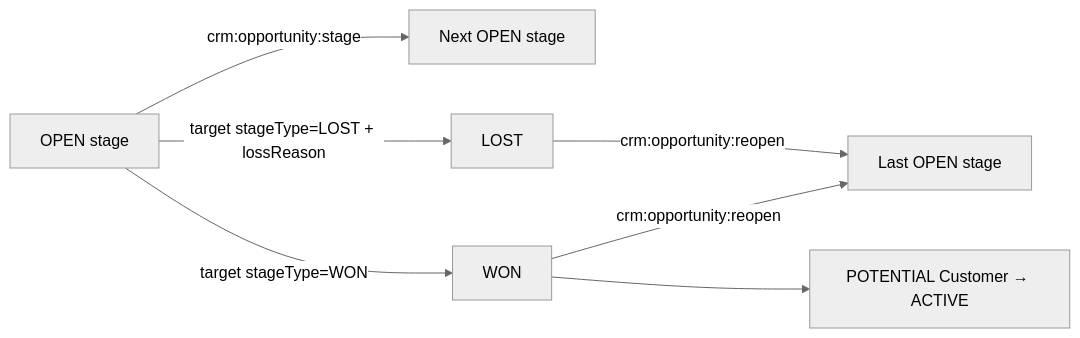
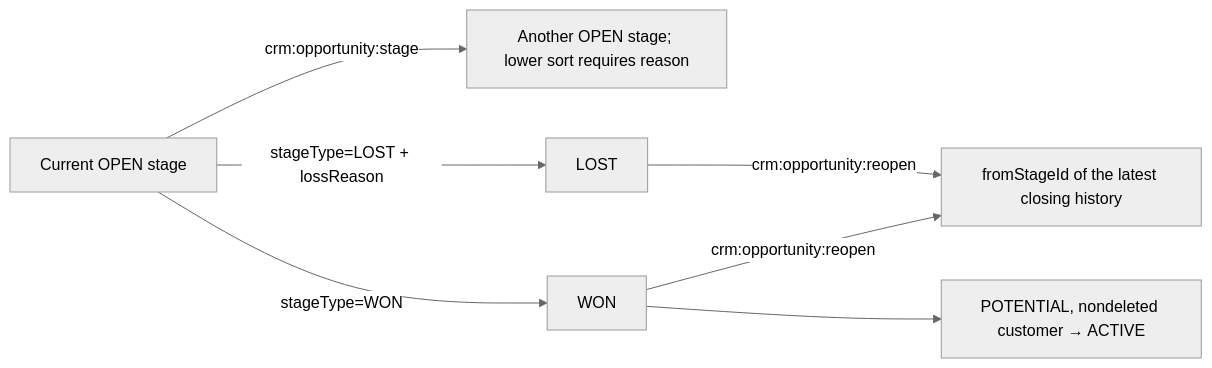
Diagram 15 of 21 in docs/core-flows.en.md (wang-baohai/Omni-Stack), drawn with Mermaid (neutral theme) before and after one commit. The commit also changed other lines of this file and 1095 other files, not shown here.

````diff
--- a/docs/core-flows.en.md
+++ b/docs/core-flows.en.md
@@ -1576,9 +1301,9 @@
 ```mermaid
 flowchart LR
-    O["OPEN stage"] -->|"crm:opportunity:stage"| N["Next OPEN stage"]
-    O -->|"target stageType=WON"| W["WON"]
-    O -->|"target stageType=LOST + lossReason"| L["LOST"]
-    W -->|"crm:opportunity:reopen"| R["Last OPEN stage"]
+    O["Current OPEN stage"] -->|"crm:opportunity:stage"| N["Another OPEN stage; lower sort requires reason"]
+    O -->|"stageType=WON"| W["WON"]
+    O -->|"stageType=LOST + lossReason"| L["LOST"]
+    W -->|"crm:opportunity:reopen"| R["fromStageId of the latest closing history"]
     L -->|"crm:opportunity:reopen"| R
-    W --> C["POTENTIAL Customer → ACTIVE"]
+    W --> C["POTENTIAL, nondeleted customer → ACTIVE"]
 ```
````
